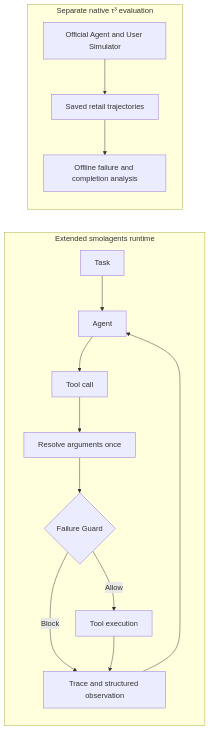
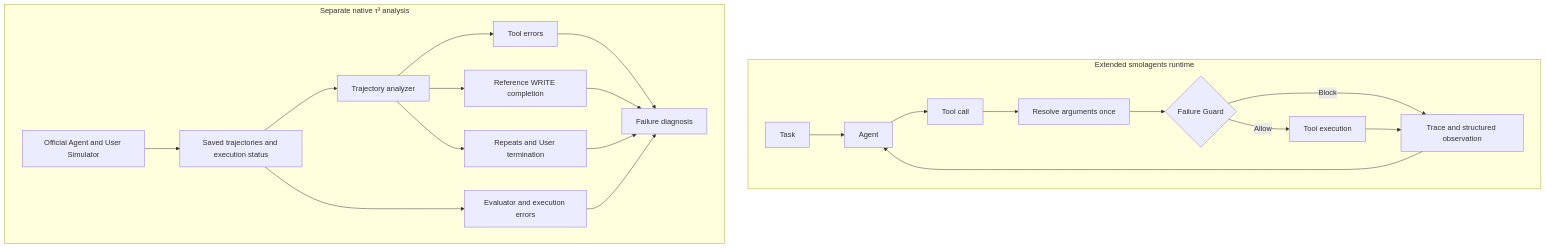
The diagram in README.md (Kk111777/ReliableToolAgent), drawn with Mermaid before and after one commit. The commit also changed other lines of this file and 1 other file, not shown here.

Commit message:
docs: lead with runtime design and benchmark diagnosis

````diff
--- a/README.md
+++ b/README.md
@@ -52,17 +60,26 @@
 ```mermaid
-flowchart LR
+flowchart TB
     subgraph Runtime[Extended smolagents runtime]
+        direction LR
         T[Task] --> A[Agent]
         A --> C[Tool call]
         C --> R[Resolve arguments once]
         R --> G{Failure Guard}
         G -->|Allow| E[Tool execution]
         G -->|Block| O[Trace and structured observation]
         E --> O
         O --> A
     end
-    subgraph Retail[Separate native τ³ evaluation]
-        N[Official Agent and User Simulator] --> S[Saved retail trajectories]
-        S --> D[Offline failure and completion analysis]
+    subgraph Retail[Separate native τ³ analysis]
+        N[Official Agent and User Simulator] --> S[Saved trajectories and execution status]
+        S --> D[Trajectory analyzer]
+        D --> F[Tool errors]
+        D --> W[Reference WRITE completion]
+        D --> X[Repeats and User termination]
+        F --> B[Failure diagnosis]
+        W --> B
+        X --> B
+        S --> V[Evaluator and execution errors]
+        V --> B
     end
 ```
````
